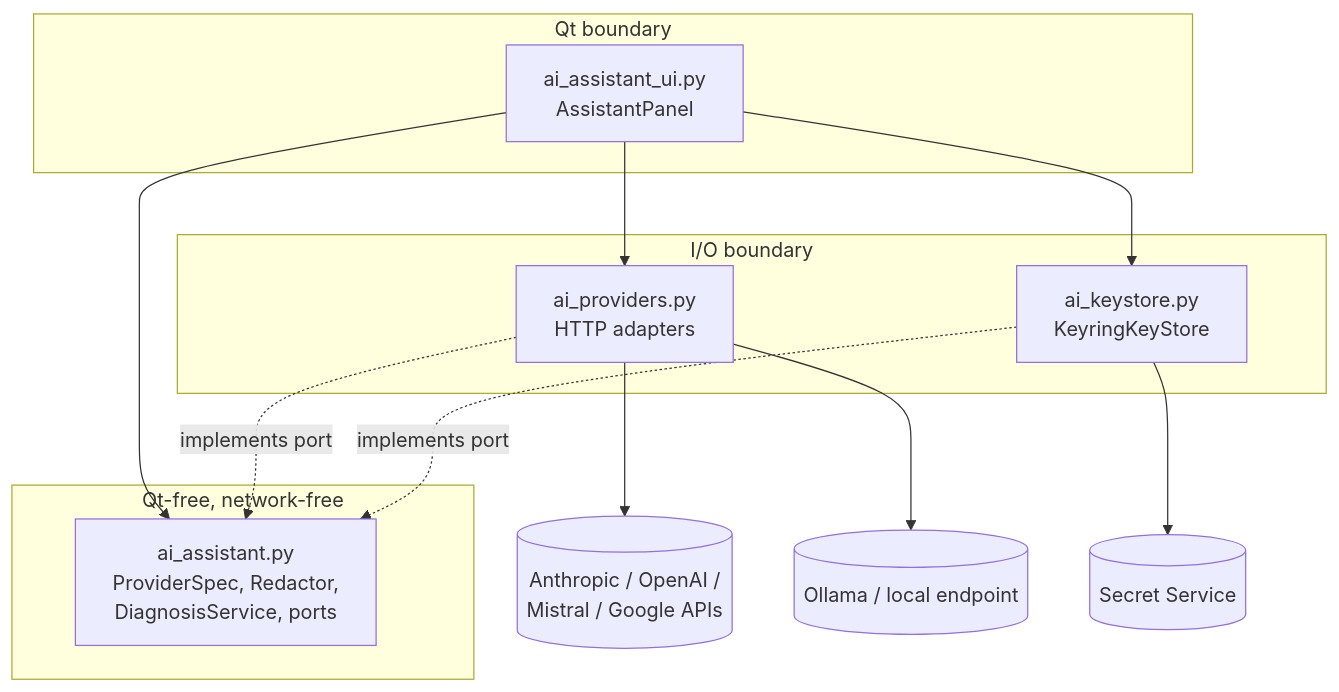
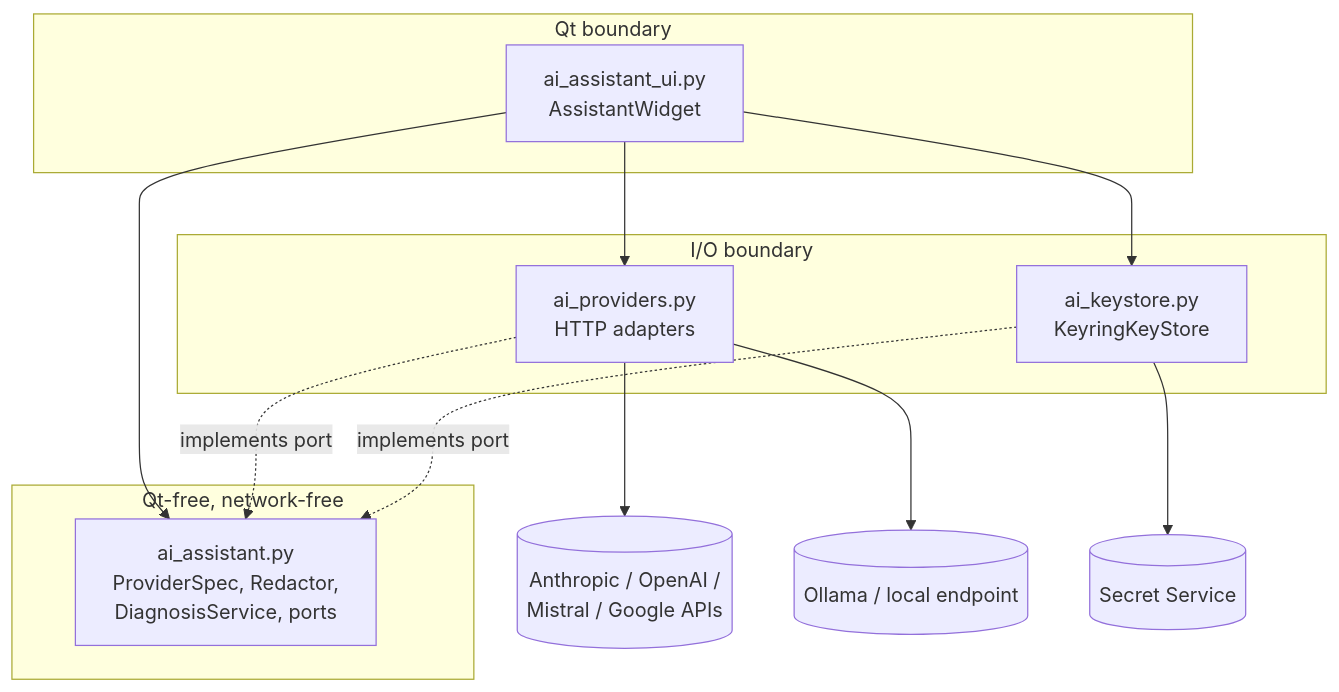
The diagram in docs/architecture/diagrams/ai-assistant/04-component.md (benoit-bremaud/busscope), drawn with Mermaid before and after one commit. The commit also changed 7 other files, not shown here.

````diff
--- a/docs/architecture/diagrams/ai-assistant/04-component.md
+++ b/docs/architecture/diagrams/ai-assistant/04-component.md
@@ -3,25 +3,25 @@
 ```mermaid
 flowchart TB
     subgraph UI [Qt boundary]
-        panel[ai_assistant_ui.py<br/>AssistantPanel]
+        panel[ai_assistant_ui.py<br/>AssistantWidget]
     end
     subgraph Domain [Qt-free, network-free]
         dom[ai_assistant.py<br/>ProviderSpec, Redactor,<br/>DiagnosisService, ports]
     end
     subgraph Adapters [I/O boundary]
         http[ai_providers.py<br/>HTTP adapters]
         kr[ai_keystore.py<br/>KeyringKeyStore]
     end
     cloud[(Anthropic / OpenAI /<br/>Mistral / Google APIs)]
     local[(Ollama / local endpoint)]
     secret[(Secret Service)]
 
     panel --> dom
     panel --> http
     panel --> kr
     http -. implements port .-> dom
     kr -. implements port .-> dom
     http --> cloud
     http --> local
     kr --> secret
 ```
````
